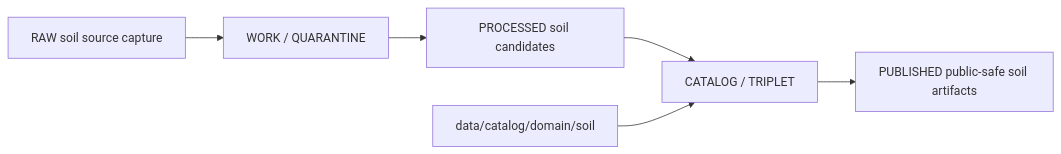
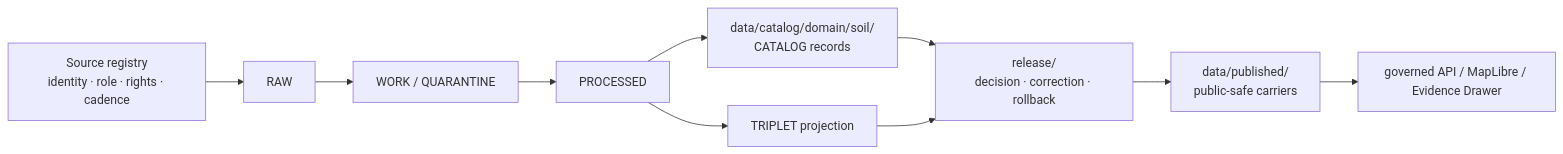
One commit to bartytime4life/Kansas-Frontier-Matrix changed the diagram in data/catalog/domain/soil/README.md. Above: the diagram before and after it, drawn with Mermaid. The commit also changed other lines of this file, not shown here.

Commit message:
Modernize Soil domain catalog README

````diff
--- a/data/catalog/domain/soil/README.md
+++ b/data/catalog/domain/soil/README.md
@@ -71,8 +290,22 @@
 ```mermaid
 flowchart LR
-  RAW[RAW soil source capture] --> WORK[WORK / QUARANTINE]
-  WORK --> PROCESSED[PROCESSED soil candidates]
-  PROCESSED --> CATALOG[CATALOG / TRIPLET]
-  CATALOG --> PUBLISHED[PUBLISHED public-safe soil artifacts]
-  DOMAIN[data/catalog/domain/soil] --> CATALOG
+    SRC["Source registry<br/>identity · role · rights · cadence"]
+    RAW["RAW"]
+    WORK["WORK / QUARANTINE"]
+    PROC["PROCESSED"]
+    CAT["data/catalog/domain/soil/<br/>CATALOG records"]
+    TRI["TRIPLET projection"]
+    REL["release/<br/>decision · correction · rollback"]
+    PUB["data/published/<br/>public-safe carriers"]
+    API["governed API / MapLibre / Evidence Drawer"]
+
+    SRC --> RAW
+    RAW --> WORK
+    WORK --> PROC
+    PROC --> CAT
+    PROC --> TRI
+    CAT --> REL
+    TRI --> REL
+    REL --> PUB
+    PUB --> API
 ```
````
